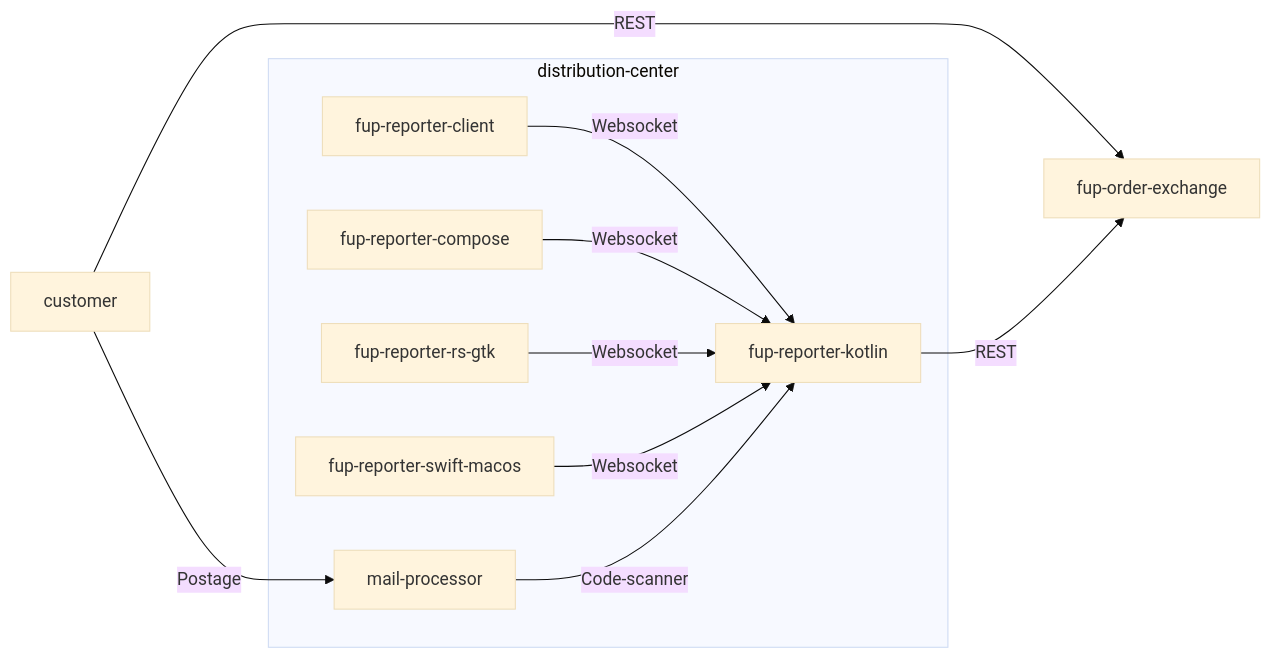
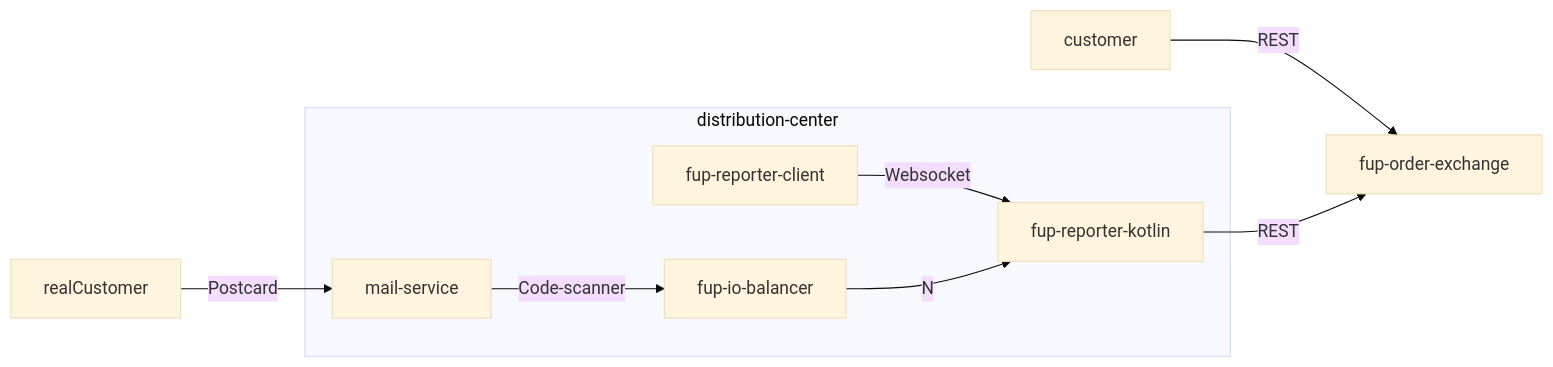
One commit to mvandermade/funicular-postcard changed the first of 3 diagrams in README.md. Above: the diagram before and after it, drawn with Mermaid (base theme). The commit also changed other lines of this file, not shown here.

````diff
--- a/README.md
+++ b/README.md
@@ -30,13 +30,11 @@
 ```mermaid
 graph LR
   customer -->|REST| fup-order-exchange
   fup-reporter-kotlin -->|REST| fup-order-exchange
   subgraph distribution-center
   fup-reporter-client -->|Websocket| fup-reporter-kotlin
-  fup-reporter-compose -->|Websocket| fup-reporter-kotlin
-  fup-reporter-rs-gtk -->|Websocket| fup-reporter-kotlin
-  fup-reporter-swift-macos --> |Websocket| fup-reporter-kotlin
-  mail-processor --> |Code-scanner| fup-reporter-kotlin
+  mail-service --> |Code-scanner| fup-io-balancer
+  fup-io-balancer--> |N| fup-reporter-kotlin
   end
-  customer --> |Postage| mail-processor
+  realCustomer --> |Postcard| mail-service
 ```
````
